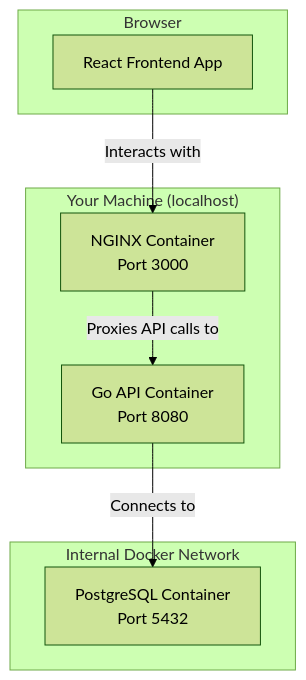
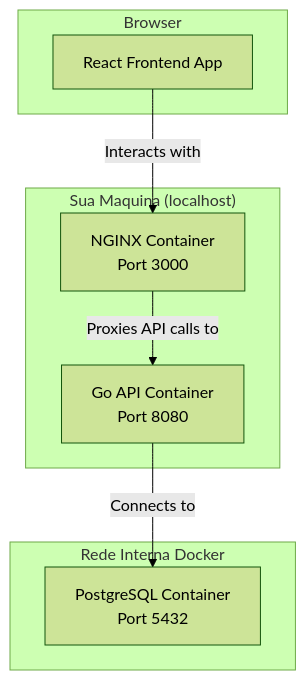
Before and after one commit to Maria-Leiliane/go-ecommerce-base: the diagram in README.pt-br.md, drawn with Mermaid (forest theme). The commit also changed other lines of this file and 1 other file, not shown here.

````diff
--- a/README.pt-br.md
+++ b/README.pt-br.md
@@ -34,19 +32,19 @@
 ```mermaid
 graph TD
     subgraph Browser
         A[React Frontend App]
     end
 
-    subgraph "Your Machine (localhost)"
+    subgraph "Sua Maquina (localhost)"
         B[NGINX Container <br> Port 3000]
         C[Go API Container <br> Port 8080]
     end
 
-    subgraph "Internal Docker Network"
+    subgraph "Rede Interna Docker"
         D[PostgreSQL Container <br> Port 5432]
     end
     
     A -- Interacts with --> B;
     B -- Proxies API calls to --> C;
     C -- Connects to --> D;
 ```
````
